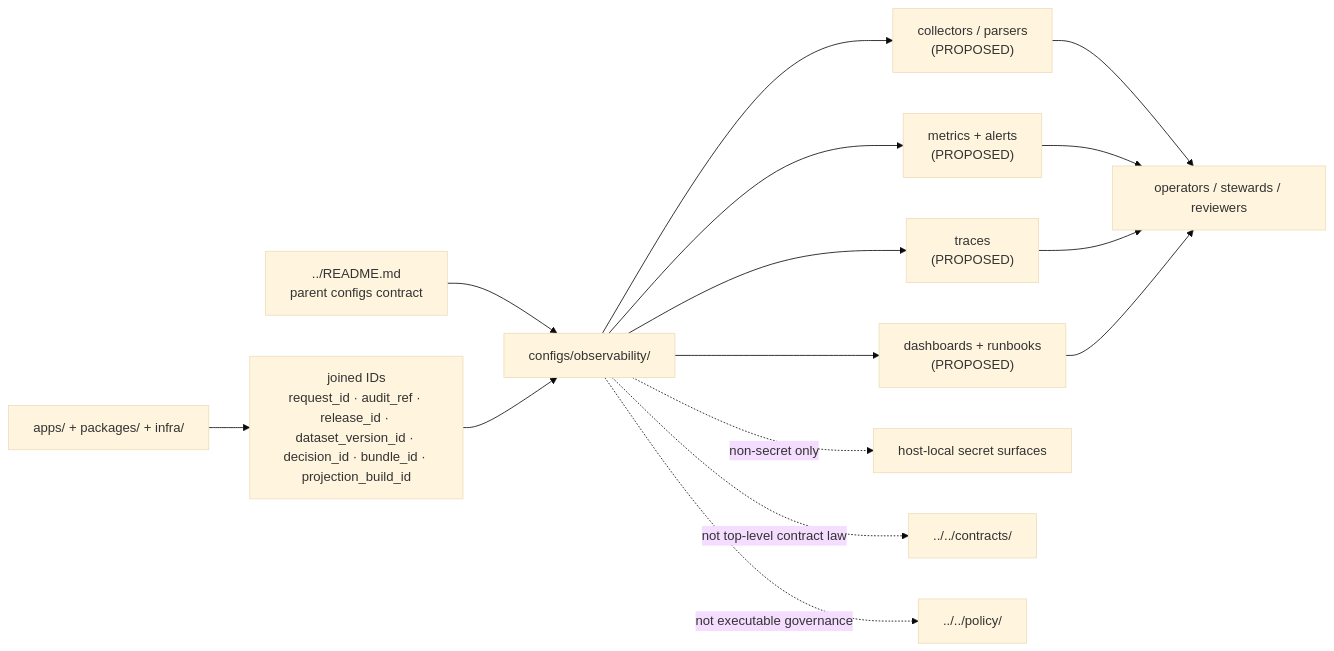
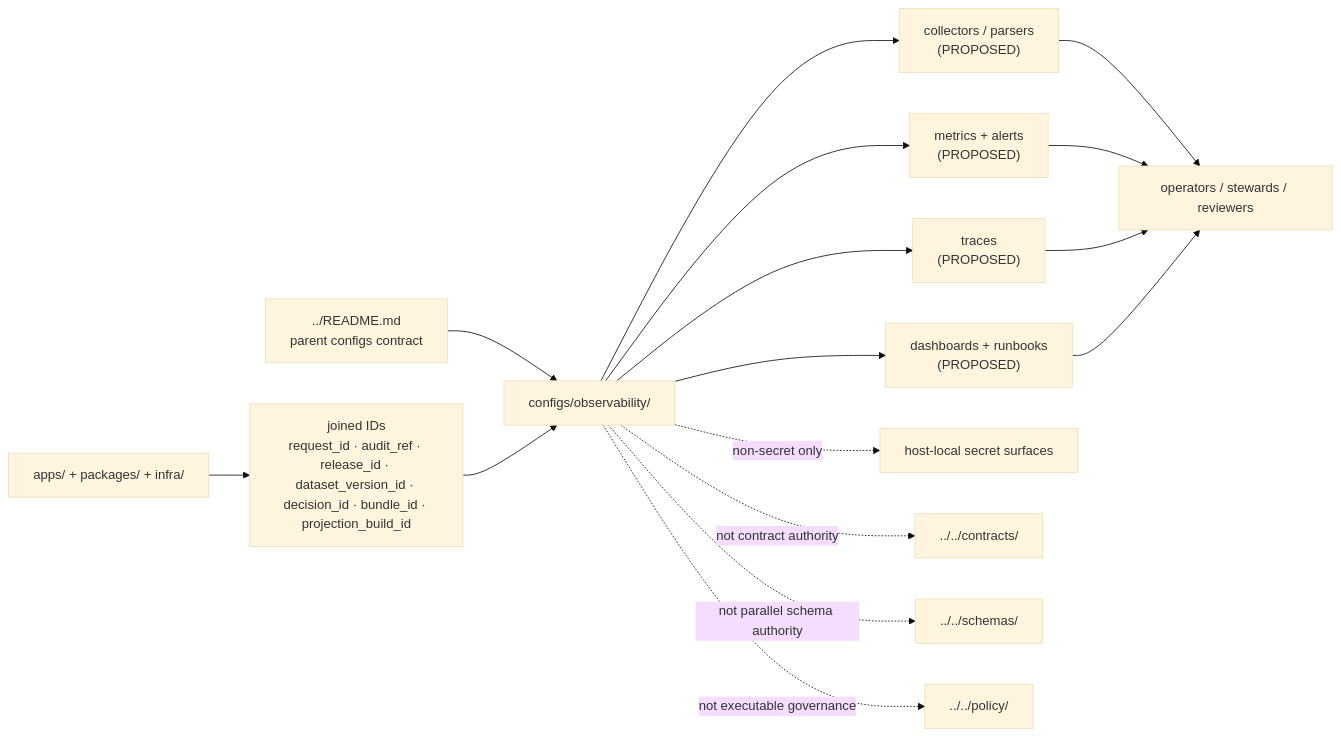
Before and after one commit to bartytime4life/Kansas-Frontier-Matrix: the diagram in configs/observability/README.md, drawn with Mermaid (base theme). The commit also changed other lines of this file, not shown here.

````diff
--- a/configs/observability/README.md
+++ b/configs/observability/README.md
@@ -269,20 +279,21 @@
 ```mermaid
 flowchart LR
     P["../README.md<br/>parent configs contract"] --> O["configs/observability/"]
     O --> C["collectors / parsers<br/>(PROPOSED)"]
     O --> M["metrics + alerts<br/>(PROPOSED)"]
     O --> T["traces<br/>(PROPOSED)"]
     O --> D["dashboards + runbooks<br/>(PROPOSED)"]
 
     A["apps/ + packages/ + infra/"] --> J["joined IDs<br/>request_id · audit_ref · release_id · dataset_version_id · decision_id · bundle_id · projection_build_id"]
     J --> O
 
     O -. "non-secret only" .-> S["host-local secret surfaces"]
-    O -. "not top-level contract law" .-> K["../../contracts/"]
+    O -. "not contract authority" .-> K["../../contracts/"]
+    O -. "not parallel schema authority" .-> Z["../../schemas/"]
     O -. "not executable governance" .-> Y["../../policy/"]
 
     C --> X["operators / stewards / reviewers"]
     M --> X
     T --> X
     D --> X
 ```
````
